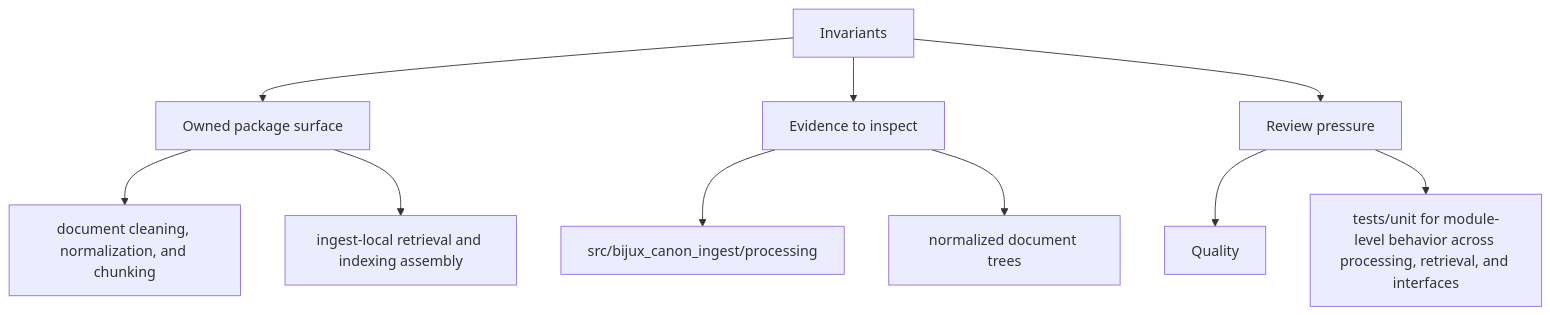
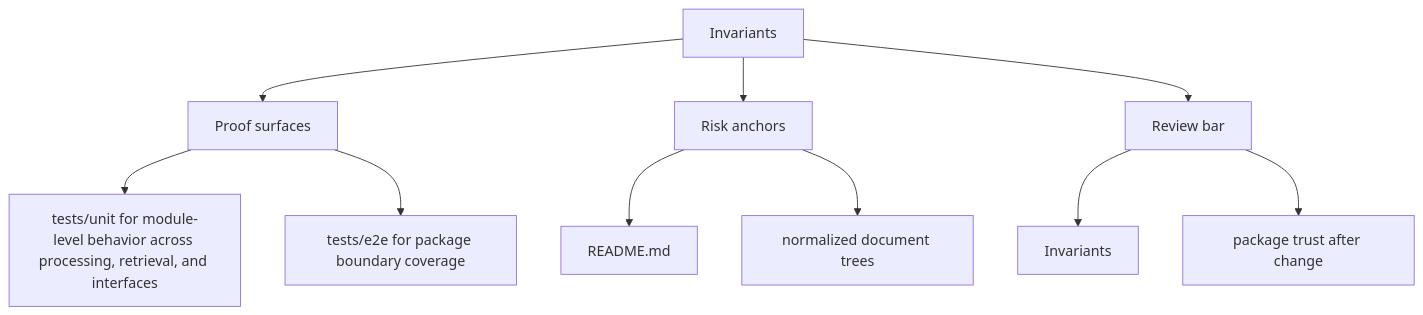
One commit to bijux/bijux-canon changed the second of 2 diagrams in docs/bijux-canon-ingest/quality/invariants.md. Above: the diagram before and after it, drawn with Mermaid. The commit also changed other lines of this file and 250 other files, not shown here.

Commit message:
docs(diagrams): make product page maps more readable

````diff
--- a/docs/bijux-canon-ingest/quality/invariants.md
+++ b/docs/bijux-canon-ingest/quality/invariants.md
@@ -34,22 +34,22 @@
 ```mermaid
 flowchart TD
     page["Invariants"]
-    focus1["Owned package surface"]
+    focus1["Proof surfaces"]
     page --> focus1
-    focus1_1["document cleaning, normalization, and chunking"]
+    focus1_1["tests/unit for module-level behavior across processing, retrieval, and interfaces"]
     focus1 --> focus1_1
-    focus1_2["ingest-local retrieval and indexing assembly"]
+    focus1_2["tests/e2e for package boundary coverage"]
     focus1 --> focus1_2
-    focus2["Evidence to inspect"]
+    focus2["Risk anchors"]
     page --> focus2
-    focus2_1["src/bijux_canon_ingest/processing"]
+    focus2_1["README.md"]
     focus2 --> focus2_1
     focus2_2["normalized document trees"]
     focus2 --> focus2_2
-    focus3["Review pressure"]
+    focus3["Review bar"]
     page --> focus3
-    focus3_1["Quality"]
+    focus3_1["Invariants"]
     focus3 --> focus3_1
-    focus3_2["tests/unit for module-level behavior across processing, retrieval, and interfaces"]
+    focus3_2["package trust after change"]
     focus3 --> focus3_2
 ```
````
